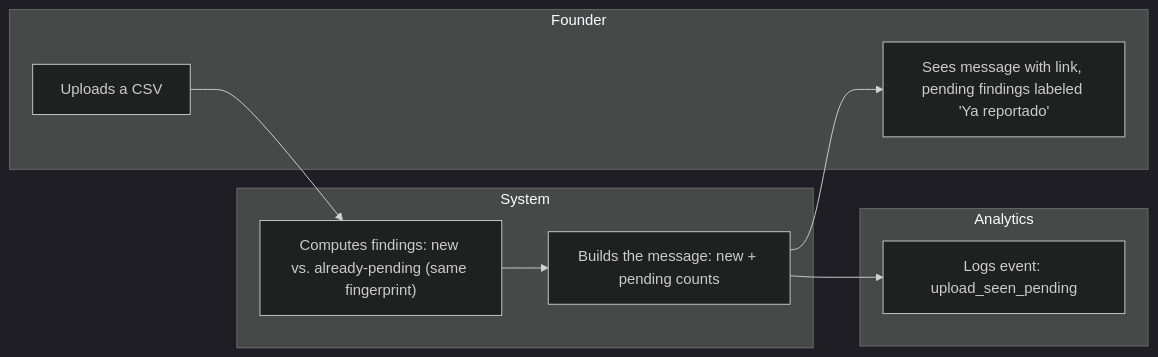
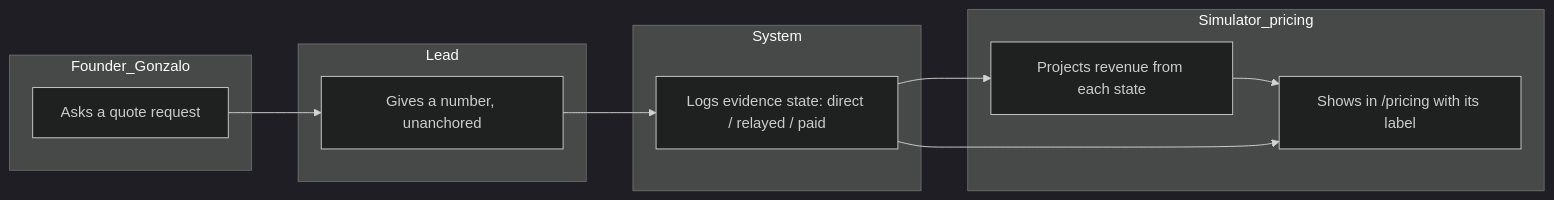
One commit to gonzalopatlanbuilds-crypto/crystal-ball changed the second of 2 diagrams in w12-validator/docs/PACKET.md. Above: the diagram before and after it, drawn with Mermaid (dark theme). The commit also changed other lines of this file and 4 other files, not shown here.

````diff
--- a/w12-validator/docs/PACKET.md
+++ b/w12-validator/docs/PACKET.md
@@ -53,16 +50,19 @@
 ```mermaid
 flowchart LR
-  subgraph Founder
-    F1["Uploads a CSV"]
-    F2["Sees message with link, pending findings labeled 'Ya reportado'"]
+  subgraph Founder_Gonzalo
+    F1["Asks a quote request"]
+  end
+  subgraph Lead
+    L1["Gives a number, unanchored"]
   end
   subgraph System
-    S1["Computes findings: new vs. already-pending (same fingerprint)"]
-    S2["Builds the message: new + pending counts"]
+    S1["Logs evidence state: direct / relayed / paid"]
   end
-  subgraph Analytics
-    A1["Logs event: upload_seen_pending"]
+  subgraph Simulator_pricing
+    P1["Projects revenue from each state"]
+    P2["Shows in /pricing with its label"]
   end
-  F1 --> S1 --> S2 --> F2
-  S2 --> A1
+  F1 --> L1 --> S1
+  S1 --> P1 --> P2
+  S1 --> P2
 ```
````
